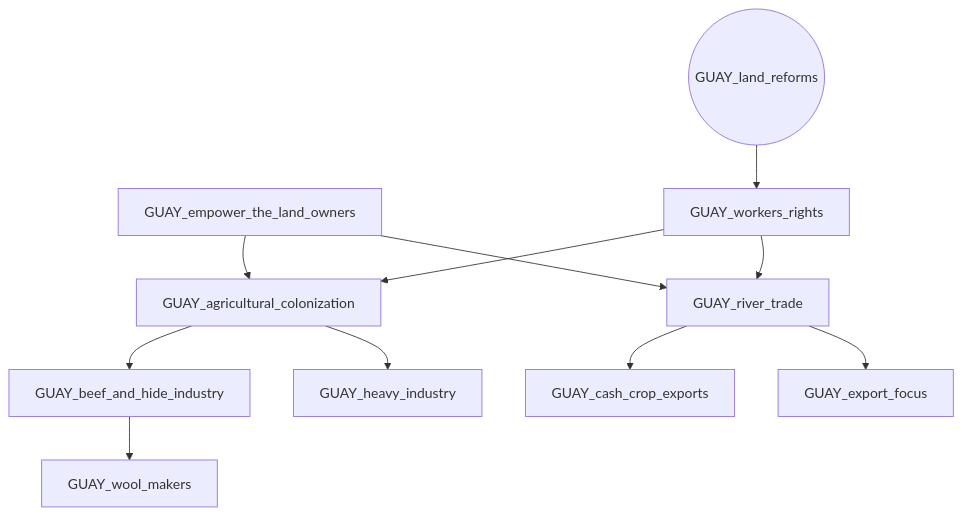
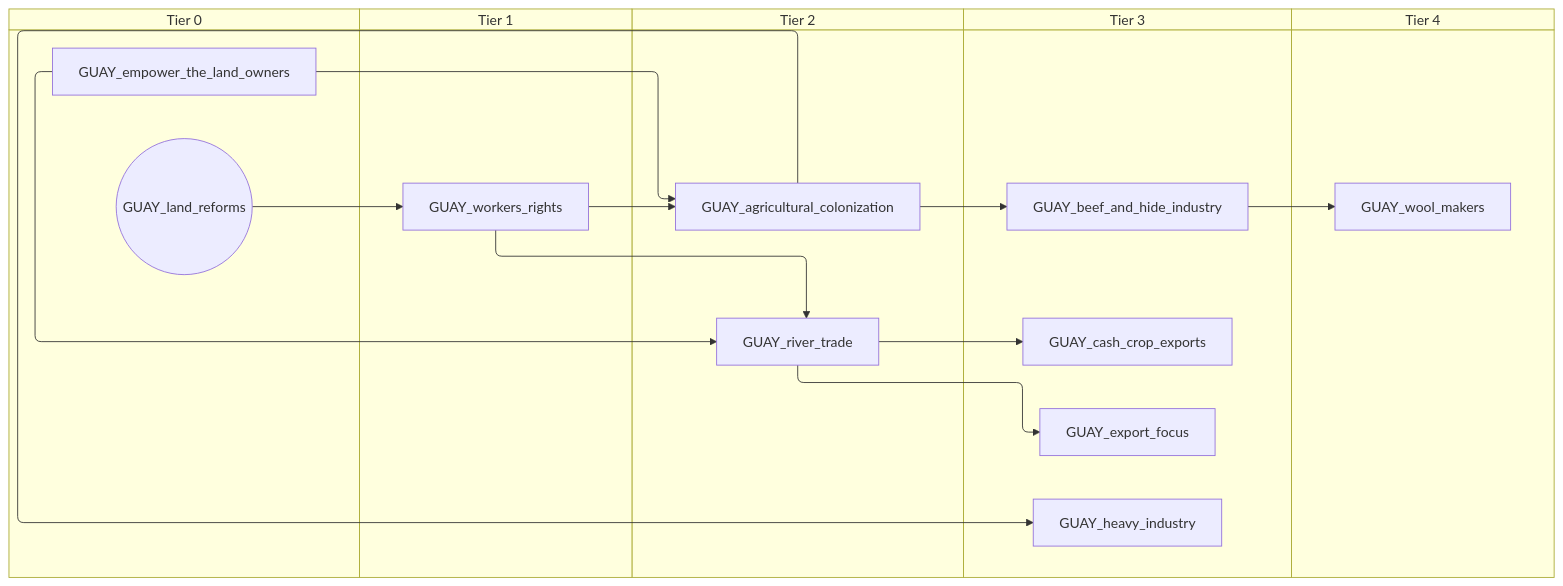
The fourth of 7 diagrams in docs/gdd/National Focuses/paraguay_uruguay_shared_branch.md (evgeny-sobol/hoi4-sandbox-mode-r56), drawn with Mermaid before and after one commit. The commit also changed other lines of this file and 423 other files, not shown here.

First line of the commit message:
Re-export Rt56 focus trees as swimlane diagrams

````diff
--- a/docs/gdd/National Focuses/paraguay_uruguay_shared_branch.md
+++ b/docs/gdd/National Focuses/paraguay_uruguay_shared_branch.md
@@ -106,23 +136,33 @@
 ```mermaid
-flowchart TD
-    n24["GUAY_agricultural_colonization"]
-    n25["GUAY_beef_and_hide_industry"]
-    n26["GUAY_cash_crop_exports"]
-    n27["GUAY_empower_the_land_owners"]
-    n28["GUAY_export_focus"]
-    n29["GUAY_heavy_industry"]
-    n34(("GUAY_land_reforms"))
-    n31["GUAY_river_trade"]
-    n32["GUAY_wool_makers"]
-    n33["GUAY_workers_rights"]
-    n33 --> n24
-    n27 --> n24
-    n24 --> n25
-    n31 --> n26
-    n31 --> n28
-    n24 --> n29
-    n27 --> n31
-    n33 --> n31
-    n25 --> n32
-    n34 --> n33
+swimlane-beta TD
+    subgraph tier_0["Tier 0"]
+        n26["GUAY_empower_the_land_owners"]
+        n34(("GUAY_land_reforms"))
+    end
+    subgraph tier_1["Tier 1"]
+        n25["GUAY_workers_rights"]
+    end
+    subgraph tier_2["Tier 2"]
+        n27["GUAY_agricultural_colonization"]
+        n28["GUAY_river_trade"]
+    end
+    subgraph tier_3["Tier 3"]
+        n29["GUAY_beef_and_hide_industry"]
+        n30["GUAY_cash_crop_exports"]
+        n31["GUAY_export_focus"]
+        n32["GUAY_heavy_industry"]
+    end
+    subgraph tier_4["Tier 4"]
+        n33["GUAY_wool_makers"]
+    end
+    n25 --> n27
+    n26 --> n27
+    n27 --> n29
+    n28 --> n30
+    n28 --> n31
+    n27 --> n32
+    n26 --> n28
+    n25 --> n28
+    n29 --> n33
+    n34 --> n25
 ```
````
